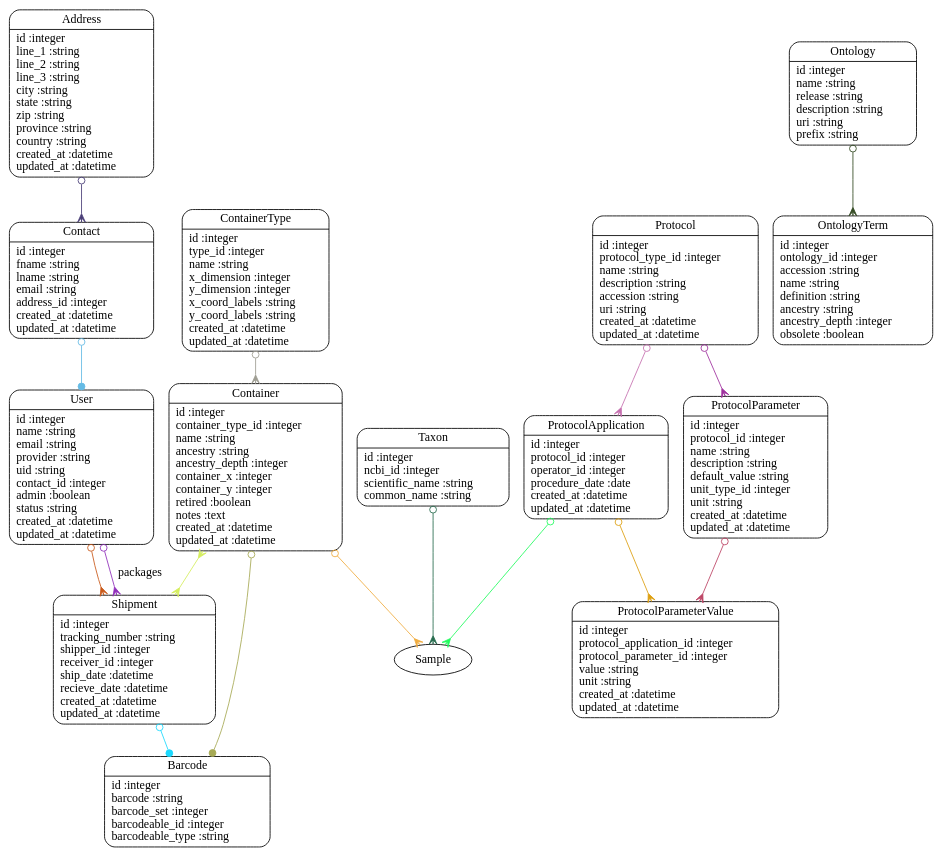
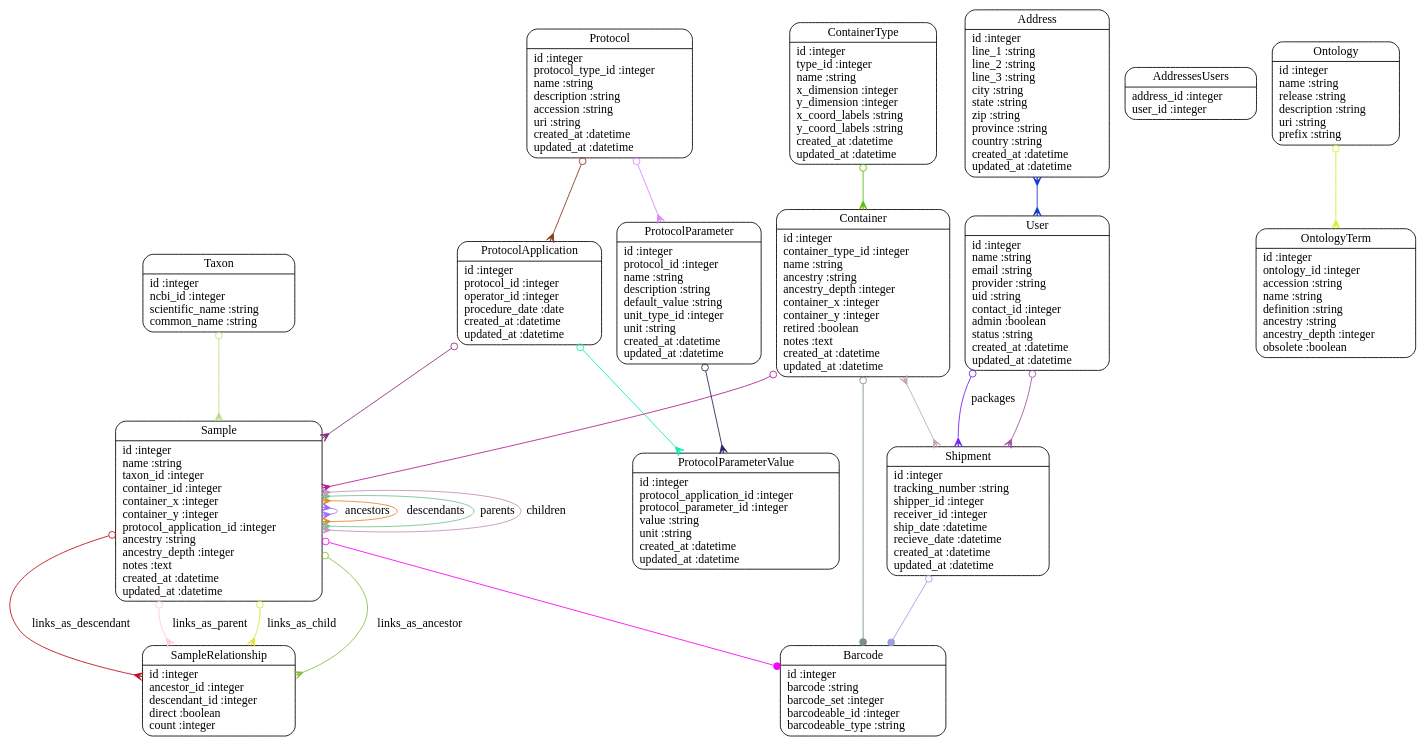
Before and after one commit to dimitras/collos: the diagram in models.dot, drawn with Graphviz. The commit also changed 9 other files, not shown here.

```diff
--- a/models.dot
+++ b/models.dot
@@ -1,33 +1,43 @@
 digraph models_diagram {
 	graph[overlap=false, splines=true]
 	"Address" [shape=Mrecord, label="{Address|id :integer\lline_1 :string\lline_2 :string\lline_3 :string\lcity :string\lstate :string\lzip :string\lprovince :string\lcountry :string\lcreated_at :datetime\lupdated_at :datetime\l}"]
+	"AddressesUsers" [shape=Mrecord, label="{AddressesUsers|address_id :integer\luser_id :integer\l}"]
 	"Barcode" [shape=Mrecord, label="{Barcode|id :integer\lbarcode :string\lbarcode_set :integer\lbarcodeable_id :integer\lbarcodeable_type :string\l}"]
-	"Contact" [shape=Mrecord, label="{Contact|id :integer\lfname :string\llname :string\lemail :string\laddress_id :integer\lcreated_at :datetime\lupdated_at :datetime\l}"]
 	"Container" [shape=Mrecord, label="{Container|id :integer\lcontainer_type_id :integer\lname :string\lancestry :string\lancestry_depth :integer\lcontainer_x :integer\lcontainer_y :integer\lretired :boolean\lnotes :text\lcreated_at :datetime\lupdated_at :datetime\l}"]
 	"ContainerType" [shape=Mrecord, label="{ContainerType|id :integer\ltype_id :integer\lname :string\lx_dimension :integer\ly_dimension :integer\lx_coord_labels :string\ly_coord_labels :string\lcreated_at :datetime\lupdated_at :datetime\l}"]
 	"Ontology" [shape=Mrecord, label="{Ontology|id :integer\lname :string\lrelease :string\ldescription :string\luri :string\lprefix :string\l}"]
 	"OntologyTerm" [shape=Mrecord, label="{OntologyTerm|id :integer\lontology_id :integer\laccession :string\lname :string\ldefinition :string\lancestry :string\lancestry_depth :integer\lobsolete :boolean\l}"]
 	"Protocol" [shape=Mrecord, label="{Protocol|id :integer\lprotocol_type_id :integer\lname :string\ldescription :string\laccession :string\luri :string\lcreated_at :datetime\lupdated_at :datetime\l}"]
 	"ProtocolApplication" [shape=Mrecord, label="{ProtocolApplication|id :integer\lprotocol_id :integer\loperator_id :integer\lprocedure_date :date\lcreated_at :datetime\lupdated_at :datetime\l}"]
 	"ProtocolParameter" [shape=Mrecord, label="{ProtocolParameter|id :integer\lprotocol_id :integer\lname :string\ldescription :string\ldefault_value :string\lunit_type_id :integer\lunit :string\lcreated_at :datetime\lupdated_at :datetime\l}"]
 	"ProtocolParameterValue" [shape=Mrecord, label="{ProtocolParameterValue|id :integer\lprotocol_application_id :integer\lprotocol_parameter_id :integer\lvalue :string\lunit :string\lcreated_at :datetime\lupdated_at :datetime\l}"]
+	"Sample" [shape=Mrecord, label="{Sample|id :integer\lname :string\ltaxon_id :integer\lcontainer_id :integer\lcontainer_x :integer\lcontainer_y :integer\lprotocol_application_id :integer\lancestry :string\lancestry_depth :integer\lnotes :text\lcreated_at :datetime\lupdated_at :datetime\l}"]
+	"SampleRelationship" [shape=Mrecord, label="{SampleRelationship|id :integer\lancestor_id :integer\ldescendant_id :integer\ldirect :boolean\lcount :integer\l}"]
 	"Shipment" [shape=Mrecord, label="{Shipment|id :integer\ltracking_number :string\lshipper_id :integer\lreceiver_id :integer\lship_date :datetime\lrecieve_date :datetime\lcreated_at :datetime\lupdated_at :datetime\l}"]
 	"Taxon" [shape=Mrecord, label="{Taxon|id :integer\lncbi_id :integer\lscientific_name :string\lcommon_name :string\l}"]
 	"User" [shape=Mrecord, label="{User|id :integer\lname :string\lemail :string\lprovider :string\luid :string\lcontact_id :integer\ladmin :boolean\lstatus :string\lcreated_at :datetime\lupdated_at :datetime\l}"]
-	"Address" -> "Contact" [arrowtail=odot, arrowhead=crow, dir=both color="#4B3F78"]
-	"Contact" -> "User" [arrowtail=odot, arrowhead=dot, dir=both color="#65BBE5"]
-	"Container" -> "Sample" [arrowtail=odot, arrowhead=crow, dir=both color="#F0AC3F"]
-	"Container" -> "Barcode" [arrowtail=odot, arrowhead=dot, dir=both color="#A7AA55"]
-	"Container" -> "Shipment" [arrowtail=crow, arrowhead=crow, dir=both color="#D5EE5E"]
-	"ContainerType" -> "Container" [arrowtail=odot, arrowhead=crow, dir=both color="#9F9E93"]
-	"Ontology" -> "OntologyTerm" [arrowtail=odot, arrowhead=crow, dir=both color="#334A23"]
-	"Protocol" -> "ProtocolApplication" [arrowtail=odot, arrowhead=crow, dir=both color="#C670B0"]
-	"Protocol" -> "ProtocolParameter" [arrowtail=odot, arrowhead=crow, dir=both color="#9F309E"]
-	"ProtocolApplication" -> "Sample" [arrowtail=odot, arrowhead=crow, dir=both color="#20FC5D"]
-	"ProtocolApplication" -> "ProtocolParameterValue" [arrowtail=odot, arrowhead=crow, dir=both color="#DD9F10"]
-	"ProtocolParameter" -> "ProtocolParameterValue" [arrowtail=odot, arrowhead=crow, dir=both color="#BC4364"]
-	"Shipment" -> "Barcode" [arrowtail=odot, arrowhead=dot, dir=both color="#1CD9FE"]
-	"Taxon" -> "Sample" [arrowtail=odot, arrowhead=crow, dir=both color="#286D4F"]
-	"User" -> "Shipment" [arrowtail=odot, arrowhead=crow, dir=both color="#C95A1A"]
-	"User" -> "Shipment" [label="packages", arrowtail=odot, arrowhead=crow, dir=both color="#902EBA"]
+	"Address" -> "User" [arrowtail=crow, arrowhead=crow, dir=both color="#0D38CE"]
+	"Container" -> "Sample" [arrowtail=odot, arrowhead=crow, dir=both color="#B51A96"]
+	"Container" -> "Barcode" [arrowtail=odot, arrowhead=dot, dir=both color="#7A9285"]
+	"Container" -> "Shipment" [arrowtail=crow, arrowhead=crow, dir=both color="#C4A8AB"]
+	"ContainerType" -> "Container" [arrowtail=odot, arrowhead=crow, dir=both color="#59BC08"]
+	"Ontology" -> "OntologyTerm" [arrowtail=odot, arrowhead=crow, dir=both color="#D2F32A"]
+	"Protocol" -> "ProtocolApplication" [arrowtail=odot, arrowhead=crow, dir=both color="#873819"]
+	"Protocol" -> "ProtocolParameter" [arrowtail=odot, arrowhead=crow, dir=both color="#DF83F9"]
+	"ProtocolApplication" -> "Sample" [arrowtail=odot, arrowhead=crow, dir=both color="#88307E"]
+	"ProtocolApplication" -> "ProtocolParameterValue" [arrowtail=odot, arrowhead=crow, dir=both color="#00F1B3"]
+	"ProtocolParameter" -> "ProtocolParameterValue" [arrowtail=odot, arrowhead=crow, dir=both color="#2C1F61"]
+	"Sample" -> "Barcode" [arrowtail=odot, arrowhead=dot, dir=both color="#F604F7"]
+	"Sample" -> "SampleRelationship" [label="links_as_ancestor", arrowtail=odot, arrowhead=crow, dir=both color="#88BC45"]
+	"Sample" -> "SampleRelationship" [label="links_as_descendant", arrowtail=odot, arrowhead=crow, dir=both color="#BE0D18"]
+	"Sample" -> "Sample" [label="ancestors", arrowtail=crow, arrowhead=crow, dir=both color="#9C68FB"]
+	"Sample" -> "Sample" [label="descendants", arrowtail=crow, arrowhead=crow, dir=both color="#E4882D"]
+	"Sample" -> "SampleRelationship" [label="links_as_parent", arrowtail=odot, arrowhead=crow, dir=both color="#FEC8E1"]
+	"Sample" -> "SampleRelationship" [label="links_as_child", arrowtail=odot, arrowhead=crow, dir=both color="#DCE632"]
+	"Sample" -> "Sample" [label="parents", arrowtail=crow, arrowhead=crow, dir=both color="#6FC58C"]
+	"Sample" -> "Sample" [label="children", arrowtail=crow, arrowhead=crow, dir=both color="#C790BE"]
+	"Shipment" -> "Barcode" [arrowtail=odot, arrowhead=dot, dir=both color="#9C9EDE"]
+	"Taxon" -> "Sample" [arrowtail=odot, arrowhead=crow, dir=both color="#B8DF86"]
+	"User" -> "Shipment" [arrowtail=odot, arrowhead=crow, dir=both color="#A052A9"]
+	"User" -> "Shipment" [label="packages", arrowtail=odot, arrowhead=crow, dir=both color="#741EF8"]
 }
```
